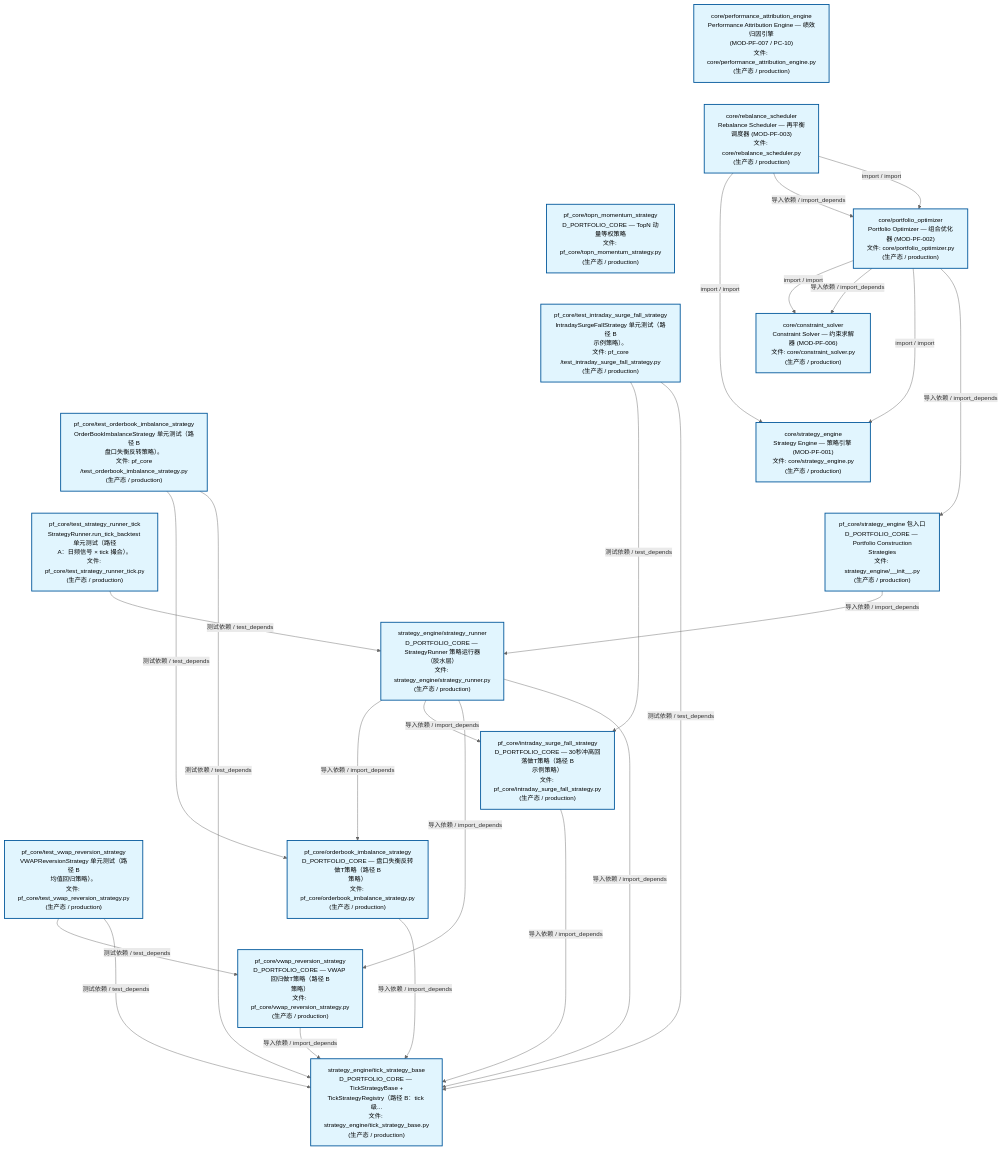
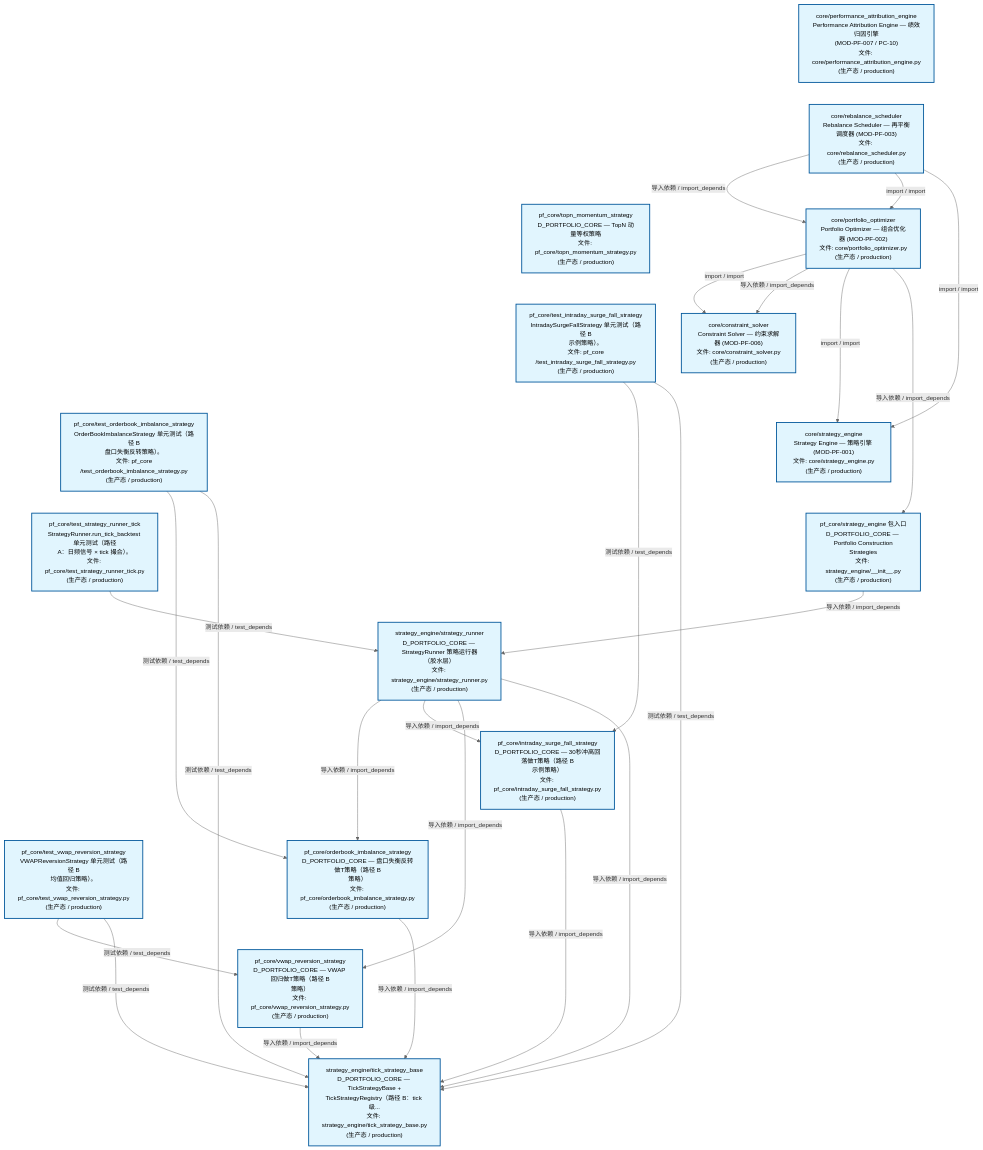
Before and after one commit to xuanFelixVan/ZephyrAlpha: the second of 3 diagrams in docs/02_enterprise_architecture/02_domain_architecture_docs/63_d_pf_core.md, drawn with Mermaid. The commit also changed other lines of this file and 79 other files, not shown here.

````diff
--- a/docs/02_enterprise_architecture/02_domain_architecture_docs/63_d_pf_core.md
+++ b/docs/02_enterprise_architecture/02_domain_architecture_docs/63_d_pf_core.md
@@ -139,57 +138,57 @@
 ```mermaid
 %%{init: {'theme': 'base', 'themeVariables': {'primaryColor': '#eaeaea', 'primaryTextColor': '#333333', 'primaryBorderColor': '#666666', 'lineColor': '#666666', 'secondaryColor': '#eaeaea', 'tertiaryColor': '#eaeaea', 'fontSize': '14px'}}}%%
 flowchart TD
     src_zephyr_pf_core_core_performance_attribution_engine_py["core/performance_attribution_engine<br/>Performance Attribution Engine — 绩效归因引擎<br/>(MOD-PF-007 / PC-10)<br/>文件: core/performance_attribution_engine.py<br/>(生产态 / production)"]
     src_zephyr_pf_core_core_rebalance_scheduler_py["core/rebalance_scheduler<br/>Rebalance Scheduler — 再平衡调度器 (MOD-PF-003)<br/>文件: core/rebalance_scheduler.py<br/>(生产态 / production)"]
     src_zephyr_pf_core_topn_momentum_strategy_py["pf_core/topn_momentum_strategy<br/>D_PORTFOLIO_CORE — TopN 动量等权策略<br/>文件: pf_core/topn_momentum_strategy.py<br/>(生产态 / production)"]
     tests_pf_core_test_intraday_surge_fall_strategy_py["pf_core/test_intraday_surge_fall_strategy<br/>IntradaySurgeFallStrategy 单元测试（路径 B<br/>示例策略）。<br/>文件: pf_core<br/>/test_intraday_surge_fall_strategy.py<br/>(生产态 / production)"]
     tests_pf_core_test_orderbook_imbalance_strategy_py["pf_core/test_orderbook_imbalance_strategy<br/>OrderBookImbalanceStrategy 单元测试（路径 B<br/>盘口失衡反转策略）。<br/>文件: pf_core<br/>/test_orderbook_imbalance_strategy.py<br/>(生产态 / production)"]
     tests_pf_core_test_strategy_runner_tick_py["pf_core/test_strategy_runner_tick<br/>StrategyRunner.run_tick_backtest 单元测试（路径<br/>A：日频信号 × tick 撮合）。<br/>文件: pf_core/test_strategy_runner_tick.py<br/>(生产态 / production)"]
     tests_pf_core_test_vwap_reversion_strategy_py["pf_core/test_vwap_reversion_strategy<br/>VWAPReversionStrategy 单元测试（路径 B<br/>均值回归策略）。<br/>文件: pf_core/test_vwap_reversion_strategy.py<br/>(生产态 / production)"]
     src_zephyr_pf_core_core_performance_attribution_engine_py ~~~ src_zephyr_pf_core_core_rebalance_scheduler_py
     src_zephyr_pf_core_core_rebalance_scheduler_py ~~~ src_zephyr_pf_core_topn_momentum_strategy_py
     src_zephyr_pf_core_topn_momentum_strategy_py ~~~ tests_pf_core_test_intraday_surge_fall_strategy_py
     tests_pf_core_test_intraday_surge_fall_strategy_py ~~~ tests_pf_core_test_orderbook_imbalance_strategy_py
     tests_pf_core_test_orderbook_imbalance_strategy_py ~~~ tests_pf_core_test_strategy_runner_tick_py
     tests_pf_core_test_strategy_runner_tick_py ~~~ tests_pf_core_test_vwap_reversion_strategy_py
     src_zephyr_pf_core_core_portfolio_optimizer_py["core/portfolio_optimizer<br/>Portfolio Optimizer — 组合优化器 (MOD-PF-002)<br/>文件: core/portfolio_optimizer.py<br/>(生产态 / production)"]
     src_zephyr_pf_core_core_constraint_solver_py["core/constraint_solver<br/>Constraint Solver — 约束求解器 (MOD-PF-006)<br/>文件: core/constraint_solver.py<br/>(生产态 / production)"]
     src_zephyr_pf_core_core_strategy_engine_py["core/strategy_engine<br/>Strategy Engine — 策略引擎 (MOD-PF-001)<br/>文件: core/strategy_engine.py<br/>(生产态 / production)"]
     src_zephyr_pf_core_strategy_engine_init_py["pf_core/strategy_engine 包入口<br/>D_PORTFOLIO_CORE — Portfolio Construction<br/>Strategies<br/>文件: strategy_engine/__init__.py<br/>(生产态 / production)"]
     src_zephyr_pf_core_core_constraint_solver_py ~~~ src_zephyr_pf_core_core_strategy_engine_py
     src_zephyr_pf_core_core_strategy_engine_py ~~~ src_zephyr_pf_core_strategy_engine_init_py
     src_zephyr_pf_core_strategy_engine_strategy_runner_py["strategy_engine/strategy_runner<br/>D_PORTFOLIO_CORE — StrategyRunner 策略运行器<br/>（胶水层）<br/>文件: strategy_engine/strategy_runner.py<br/>(生产态 / production)"]
     src_zephyr_pf_core_intraday_surge_fall_strategy_py["pf_core/intraday_surge_fall_strategy<br/>D_PORTFOLIO_CORE — 30秒冲高回落做T策略（路径 B<br/>示例策略）<br/>文件: pf_core/intraday_surge_fall_strategy.py<br/>(生产态 / production)"]
     src_zephyr_pf_core_orderbook_imbalance_strategy_py["pf_core/orderbook_imbalance_strategy<br/>D_PORTFOLIO_CORE — 盘口失衡反转做T策略（路径 B<br/>策略）<br/>文件: pf_core/orderbook_imbalance_strategy.py<br/>(生产态 / production)"]
     src_zephyr_pf_core_vwap_reversion_strategy_py["pf_core/vwap_reversion_strategy<br/>D_PORTFOLIO_CORE — VWAP 回归做T策略（路径 B<br/>策略）<br/>文件: pf_core/vwap_reversion_strategy.py<br/>(生产态 / production)"]
     src_zephyr_pf_core_intraday_surge_fall_strategy_py ~~~ src_zephyr_pf_core_orderbook_imbalance_strategy_py
     src_zephyr_pf_core_orderbook_imbalance_strategy_py ~~~ src_zephyr_pf_core_vwap_reversion_strategy_py
     src_zephyr_pf_core_strategy_engine_tick_strategy_base_py["strategy_engine/tick_strategy_base<br/>D_PORTFOLIO_CORE — TickStrategyBase +<br/>TickStrategyRegistry（路径 B：tick 级...<br/>文件: strategy_engine/tick_strategy_base.py<br/>(生产态 / production)"]
     src_zephyr_pf_core_orderbook_imbalance_strategy_py -->|导入依赖 / import_depends| src_zephyr_pf_core_strategy_engine_tick_strategy_base_py
     src_zephyr_pf_core_intraday_surge_fall_strategy_py -->|导入依赖 / import_depends| src_zephyr_pf_core_strategy_engine_tick_strategy_base_py
     src_zephyr_pf_core_vwap_reversion_strategy_py -->|导入依赖 / import_depends| src_zephyr_pf_core_strategy_engine_tick_strategy_base_py
+    src_zephyr_pf_core_core_rebalance_scheduler_py -->|导入依赖 / import_depends| src_zephyr_pf_core_core_portfolio_optimizer_py
+    src_zephyr_pf_core_core_rebalance_scheduler_py -->|import / import| src_zephyr_pf_core_core_portfolio_optimizer_py
+    src_zephyr_pf_core_core_rebalance_scheduler_py -->|import / import| src_zephyr_pf_core_core_strategy_engine_py
     src_zephyr_pf_core_core_portfolio_optimizer_py -->|import / import| src_zephyr_pf_core_core_constraint_solver_py
     src_zephyr_pf_core_core_portfolio_optimizer_py -->|导入依赖 / import_depends| src_zephyr_pf_core_core_constraint_solver_py
     src_zephyr_pf_core_core_portfolio_optimizer_py -->|import / import| src_zephyr_pf_core_core_strategy_engine_py
     src_zephyr_pf_core_core_portfolio_optimizer_py -->|导入依赖 / import_depends| src_zephyr_pf_core_strategy_engine_init_py
+    src_zephyr_pf_core_strategy_engine_init_py -->|导入依赖 / import_depends| src_zephyr_pf_core_strategy_engine_strategy_runner_py
     src_zephyr_pf_core_strategy_engine_strategy_runner_py -->|导入依赖 / import_depends| src_zephyr_pf_core_orderbook_imbalance_strategy_py
     src_zephyr_pf_core_strategy_engine_strategy_runner_py -->|导入依赖 / import_depends| src_zephyr_pf_core_intraday_surge_fall_strategy_py
     src_zephyr_pf_core_strategy_engine_strategy_runner_py -->|导入依赖 / import_depends| src_zephyr_pf_core_vwap_reversion_strategy_py
     src_zephyr_pf_core_strategy_engine_strategy_runner_py -->|导入依赖 / import_depends| src_zephyr_pf_core_strategy_engine_tick_strategy_base_py
-    src_zephyr_pf_core_strategy_engine_init_py -->|导入依赖 / import_depends| src_zephyr_pf_core_strategy_engine_strategy_runner_py
-    src_zephyr_pf_core_core_rebalance_scheduler_py -->|import / import| src_zephyr_pf_core_core_strategy_engine_py
-    src_zephyr_pf_core_core_rebalance_scheduler_py -->|导入依赖 / import_depends| src_zephyr_pf_core_core_portfolio_optimizer_py
-    src_zephyr_pf_core_core_rebalance_scheduler_py -->|import / import| src_zephyr_pf_core_core_portfolio_optimizer_py
+    tests_pf_core_test_orderbook_imbalance_strategy_py -->|测试依赖 / test_depends| src_zephyr_pf_core_orderbook_imbalance_strategy_py
+    tests_pf_core_test_orderbook_imbalance_strategy_py -->|测试依赖 / test_depends| src_zephyr_pf_core_strategy_engine_tick_strategy_base_py
     tests_pf_core_test_intraday_surge_fall_strategy_py -->|测试依赖 / test_depends| src_zephyr_pf_core_intraday_surge_fall_strategy_py
     tests_pf_core_test_intraday_surge_fall_strategy_py -->|测试依赖 / test_depends| src_zephyr_pf_core_strategy_engine_tick_strategy_base_py
-    tests_pf_core_test_orderbook_imbalance_strategy_py -->|测试依赖 / test_depends| src_zephyr_pf_core_orderbook_imbalance_strategy_py
-    tests_pf_core_test_orderbook_imbalance_strategy_py -->|测试依赖 / test_depends| src_zephyr_pf_core_strategy_engine_tick_strategy_base_py
-    tests_pf_core_test_strategy_runner_tick_py -->|测试依赖 / test_depends| src_zephyr_pf_core_strategy_engine_strategy_runner_py
     tests_pf_core_test_vwap_reversion_strategy_py -->|测试依赖 / test_depends| src_zephyr_pf_core_vwap_reversion_strategy_py
     tests_pf_core_test_vwap_reversion_strategy_py -->|测试依赖 / test_depends| src_zephyr_pf_core_strategy_engine_tick_strategy_base_py
+    tests_pf_core_test_strategy_runner_tick_py -->|测试依赖 / test_depends| src_zephyr_pf_core_strategy_engine_strategy_runner_py
     classDef production fill:#e1f5fe,stroke:#01579b,stroke-width:2px,color:#000
     classDef design fill:#fff3e0,stroke:#e65100,stroke-width:2px,color:#000,stroke-dasharray: 5 5
     classDef external_prod fill:#e8f4fd,stroke:#0277bd,stroke-width:1px,color:#000
     classDef external_design fill:#fff8e7,stroke:#ef6c00,stroke-width:1px,color:#000,stroke-dasharray: 5 5
     class src_zephyr_pf_core_core_constraint_solver_py,src_zephyr_pf_core_core_performance_attribution_engine_py,src_zephyr_pf_core_core_portfolio_optimizer_py,src_zephyr_pf_core_core_rebalance_scheduler_py,src_zephyr_pf_core_core_strategy_engine_py,src_zephyr_pf_core_intraday_surge_fall_strategy_py,src_zephyr_pf_core_orderbook_imbalance_strategy_py,src_zephyr_pf_core_strategy_engine_init_py,src_zephyr_pf_core_strategy_engine_strategy_runner_py,src_zephyr_pf_core_strategy_engine_tick_strategy_base_py,src_zephyr_pf_core_topn_momentum_strategy_py,src_zephyr_pf_core_vwap_reversion_strategy_py,tests_pf_core_test_intraday_surge_fall_strategy_py,tests_pf_core_test_orderbook_imbalance_strategy_py,tests_pf_core_test_strategy_runner_tick_py,tests_pf_core_test_vwap_reversion_strategy_py production
 ```
````
